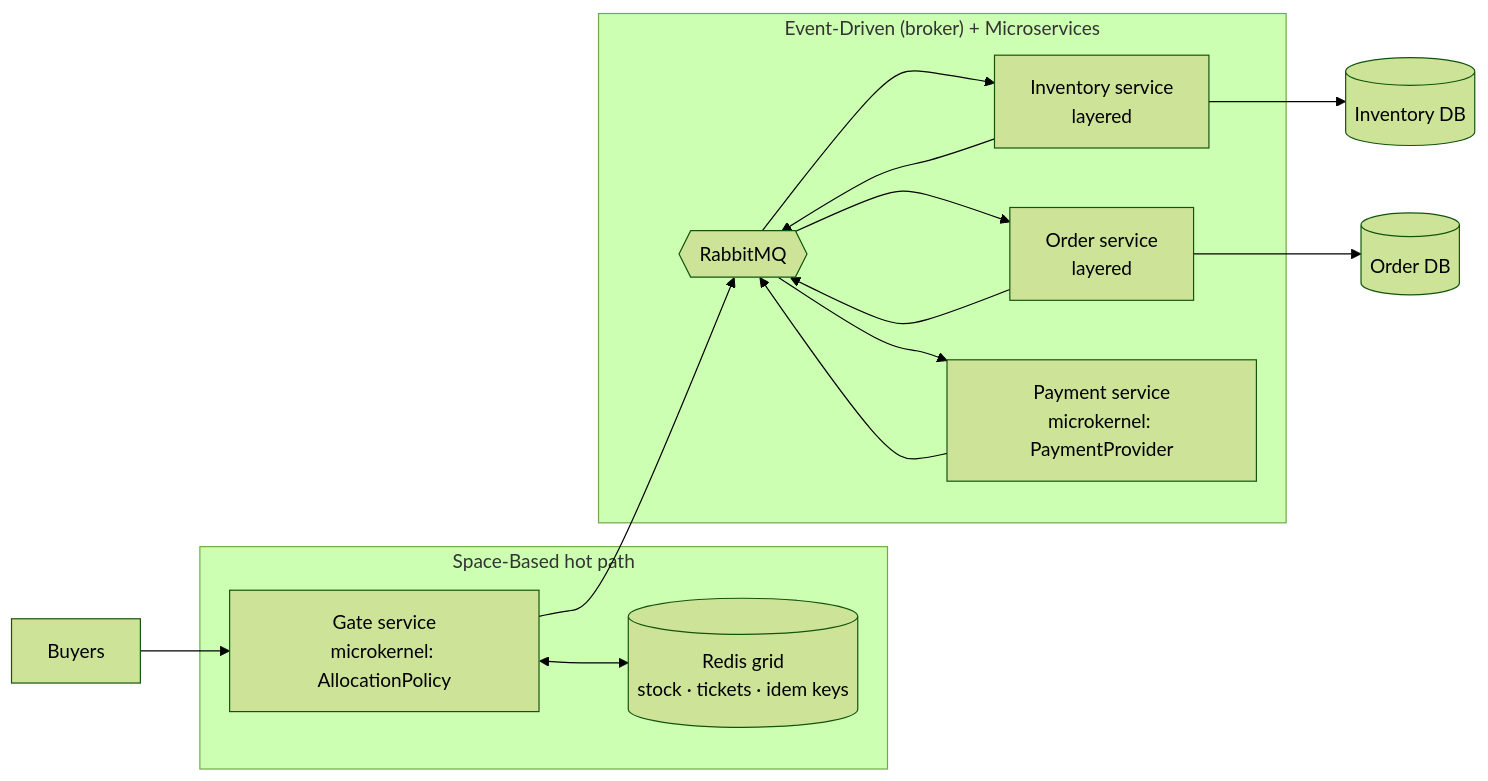
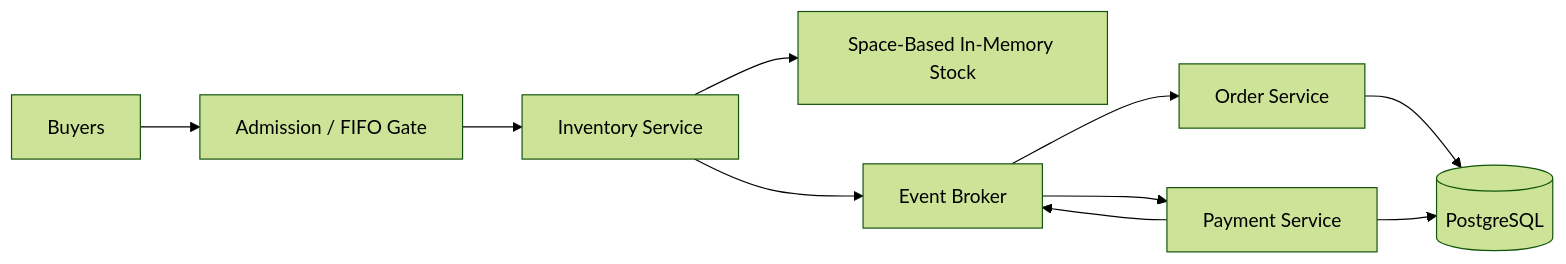
Before and after one commit to Iffrah992/Advanced-software-architecture-patterns: the ninth of 9 diagrams in architecture-patterns.md, drawn with Mermaid (forest theme). The commit also changed other lines of this file, not shown here.

````diff
--- a/architecture-patterns.md
+++ b/architecture-patterns.md
@@ -511,21 +455,12 @@
 ```mermaid
 flowchart LR
-    subgraph SB["Space-Based hot path"]
-        GATE["Gate service<br/>microkernel: AllocationPolicy"]
-        GRID[(Redis grid<br/>stock · tickets · idem keys)]
-        GATE <--> GRID
-    end
-    subgraph EDA["Event-Driven (broker) + Microservices"]
-        MQ{{RabbitMQ}}
-        INV[Inventory service<br/>layered]
-        ORD[Order service<br/>layered]
-        PAY["Payment service<br/>microkernel: PaymentProvider"]
-    end
-    B[Buyers] --> GATE
-    GATE --> MQ
-    MQ --> INV --> MQ
-    MQ --> ORD --> MQ
-    MQ --> PAY --> MQ
-    INV --> DB1[(Inventory DB)]
-    ORD --> DB2[(Order DB)]
+    U[Buyers] --> G[Admission / FIFO Gate]
+    G --> I[Inventory Service]
+    I --> S[Space-Based In-Memory Stock]
+    I --> E[Event Broker]
+    E --> O[Order Service]
+    E --> P[Payment Service]
+    O --> DB[(PostgreSQL)]
+    P --> DB
+    P --> E
 ```
````
